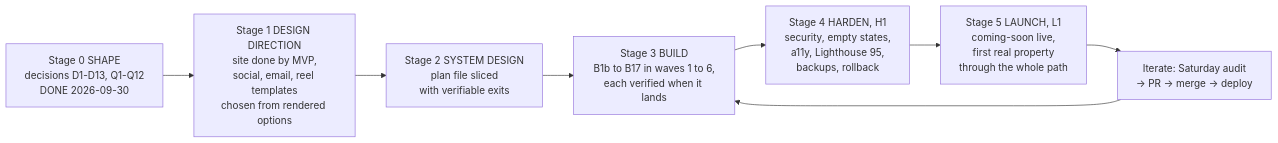
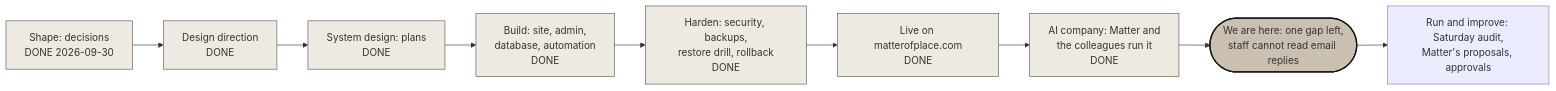
The first of 3 diagrams in workspace/03-diagrams/completion-map.md (AbdulrahmanAmer/matter-of-place), drawn with Mermaid before and after one commit. The commit also changed other lines of this file and 24 other files, not shown here.

First line of the commit message:
diagrams: where we stand by the operator's definition, the AI company and its power rules (H100, H101), the system map with everything built, 30 admin screens; pictures re-rendered

````diff
--- a/workspace/03-diagrams/completion-map.md
+++ b/workspace/03-diagrams/completion-map.md
@@ -9,10 +13,16 @@
 ```mermaid
 flowchart LR
-  S0[Stage 0 SHAPE<br/>decisions D1-D13, Q1-Q12<br/>DONE 2026-09-30] --> S1[Stage 1 DESIGN DIRECTION<br/>site done by MVP,<br/>social, email, reel templates<br/>chosen from rendered options]
-  S1 --> S2[Stage 2 SYSTEM DESIGN<br/>plan file sliced<br/>with verifiable exits]
-  S2 --> S3[Stage 3 BUILD<br/>B1b to B17 in waves 1 to 6,<br/>each verified when it lands]
-  S3 --> S4[Stage 4 HARDEN, H1<br/>security, empty states,<br/>a11y, Lighthouse 95,<br/>backups, rollback]
-  S4 --> S5[Stage 5 LAUNCH, L1<br/>coming-soon live,<br/>first real property<br/>through the whole path]
-  S5 --> LOOP[Iterate: Saturday audit<br/>→ PR → merge → deploy]
-  LOOP --> S3
+  S0[Shape: decisions<br/>DONE 2026-09-30] --> S1[Design direction<br/>DONE]
+  S1 --> S2[System design: plans<br/>DONE]
+  S2 --> S3[Build: site, admin,<br/>database, automation<br/>DONE]
+  S3 --> S4[Harden: security, backups,<br/>restore drill, rollback<br/>DONE]
+  S4 --> S5[Live on matterofplace.com<br/>DONE]
+  S5 --> S6[AI company: Matter and<br/>the colleagues run it<br/>DONE]
+  S6 --> NOW([We are here: one gap left,<br/>staff cannot read email replies])
+  NOW --> LOOP[Run and improve: Saturday audit,<br/>Matter's proposals, approvals]
+
+  classDef done fill:#EEEAE1,stroke:#575751;
+  classDef here fill:#C9C0B2,stroke:#11110F,stroke-width:2px;
+  class S0,S1,S2,S3,S4,S5,S6 done;
+  class NOW here;
 ```
````
